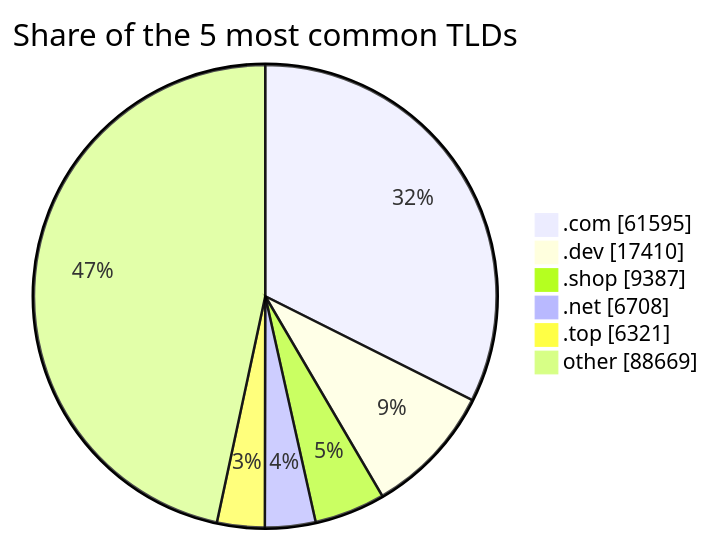
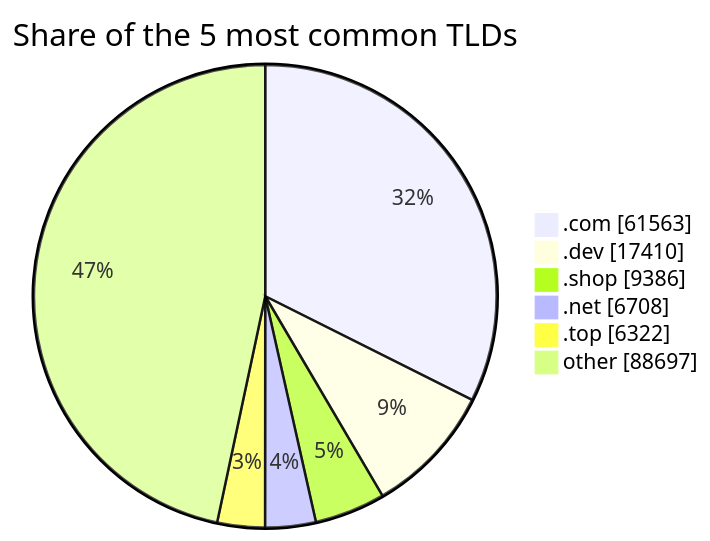
Before and after one commit to DNSBunker/CTI: the third of 3 diagrams in README.md, drawn with Mermaid. The commit also changed other lines of this file and 3 other files, not shown here.

````diff
--- a/README.md
+++ b/README.md
@@ -81,9 +81,9 @@
 ```mermaid
 pie showData title Share of the 5 most common TLDs
-    ".com" : 61595
+    ".com" : 61563
     ".dev" : 17410
-    ".shop" : 9387
+    ".shop" : 9386
     ".net" : 6708
-    ".top" : 6321
-    "other" : 88669
+    ".top" : 6322
+    "other" : 88697
 ```
````
